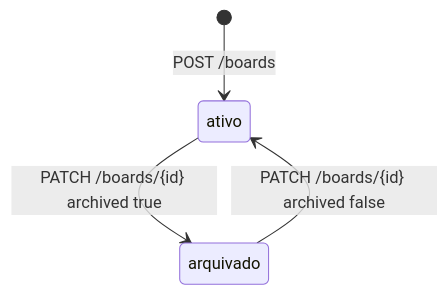
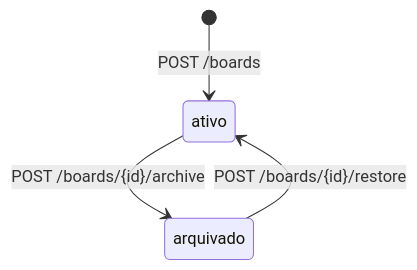
The second of 2 diagrams in openspec/changes/add-board-management/proposal.md (WilliamRAlvesJr/kanban), drawn with Mermaid before and after one commit. The commit also changed other lines of this file and 27 other files, not shown here.

````diff
--- a/openspec/changes/add-board-management/proposal.md
+++ b/openspec/changes/add-board-management/proposal.md
@@ -21,6 +21,6 @@
 ```mermaid
 stateDiagram-v2
     [*] --> ativo: POST /boards
-    ativo --> arquivado: PATCH /boards/{id} archived true
-    arquivado --> ativo: PATCH /boards/{id} archived false
+    ativo --> arquivado: POST /boards/{id}/archive
+    arquivado --> ativo: POST /boards/{id}/restore
 ```
````
